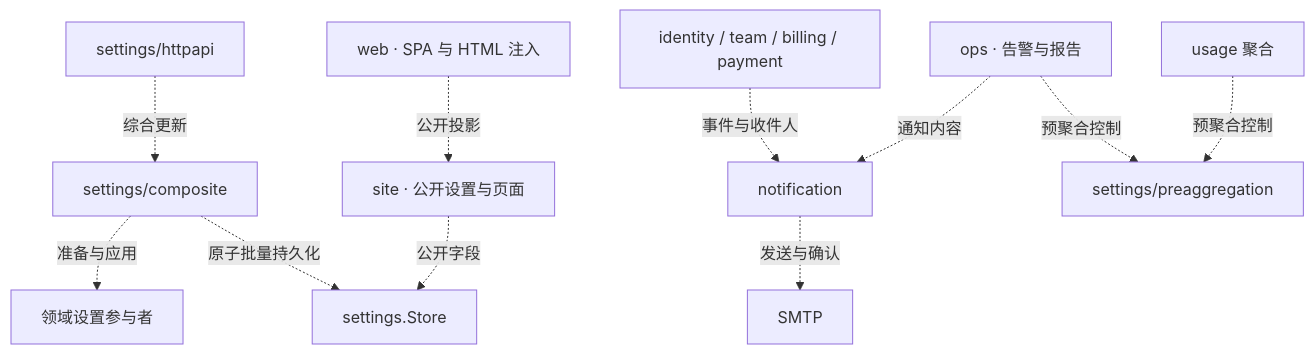
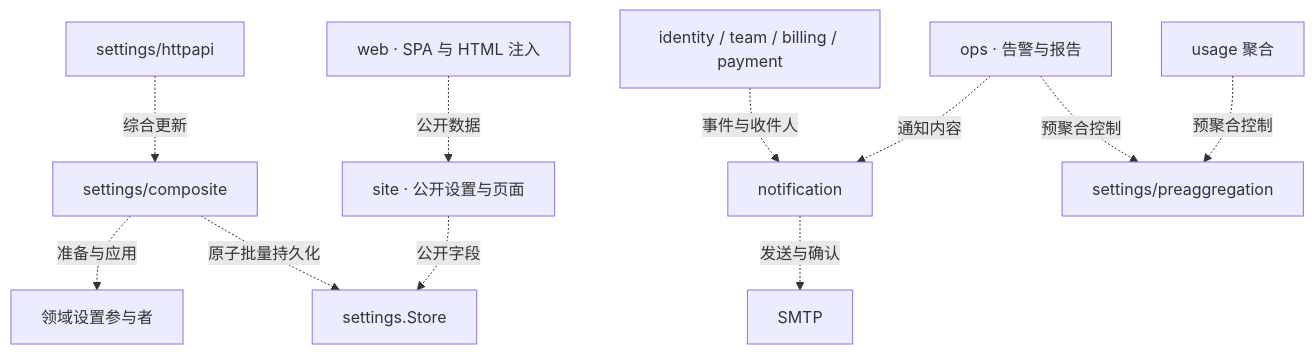
Before and after one commit to SHLE1/TokenRouter: the fourth of 4 diagrams in docs/architecture/backend_modules.md, drawn with Mermaid. The commit also changed other lines of this file and 53 other files, not shown here.

````diff
--- a/docs/architecture/backend_modules.md
+++ b/docs/architecture/backend_modules.md
@@ -386,13 +386,13 @@
 ```mermaid
 flowchart TB
     admin["settings/httpapi"] -. "综合更新" .-> composite["settings/composite"]
     composite -. "准备与应用" .-> participants["领域设置参与者"]
     composite -. "原子批量持久化" .-> settings["settings.Store"]
     site["site · 公开设置与页面"] -. "公开字段" .-> settings
-    web["web · SPA 与 HTML 注入"] -. "公开投影" .-> site
+    web["web · SPA 与 HTML 注入"] -. "公开数据" .-> site
     business["identity / team / billing / payment"] -. "事件与收件人" .-> notify["notification"]
     ops["ops · 告警与报告"] -. "通知内容" .-> notify
     notify -. "发送与确认" .-> smtp["SMTP"]
     usage["usage 聚合"] -. "预聚合控制" .-> pre["settings/preaggregation"]
     ops -. "预聚合控制" .-> pre
 ```
````
